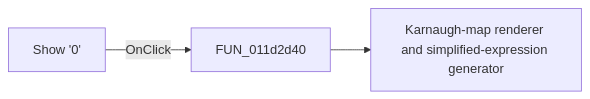
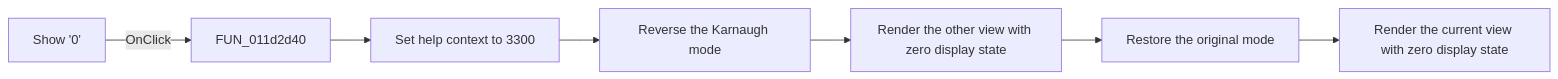
The diagram in docs/ui-controls/vk-form/kell-nulla-a29e36d3d1.md (MovGP0/TIARA), drawn with Mermaid before and after one commit. The commit also changed other lines of this file and 1062 other files, not shown here.

````diff
--- a/docs/ui-controls/vk-form/kell-nulla-a29e36d3d1.md
+++ b/docs/ui-controls/vk-form/kell-nulla-a29e36d3d1.md
@@ -27,5 +29,9 @@
 ```mermaid
 flowchart LR
     control["Show '0'"] -->|OnClick| handler["FUN_011d2d40"]
-    handler --> call1["Karnaugh-map renderer and simplified-expression generator"]
+    handler --> helpContext["Set help context to 3300"]
+    helpContext --> otherMode["Reverse the Karnaugh mode"]
+    otherMode --> renderOther["Render the other view with zero display state"]
+    renderOther --> restoreMode["Restore the original mode"]
+    restoreMode --> renderCurrent["Render the current view with zero display state"]
 ```
````
